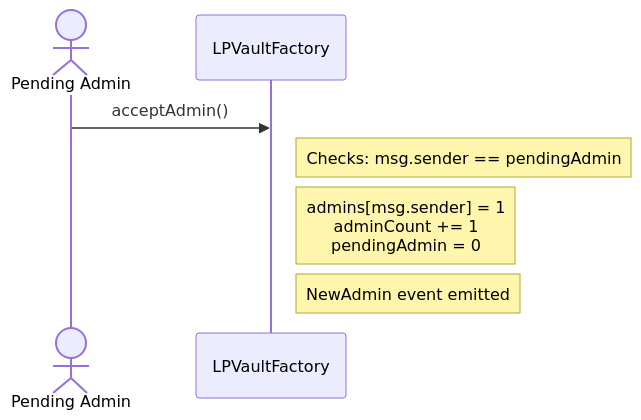
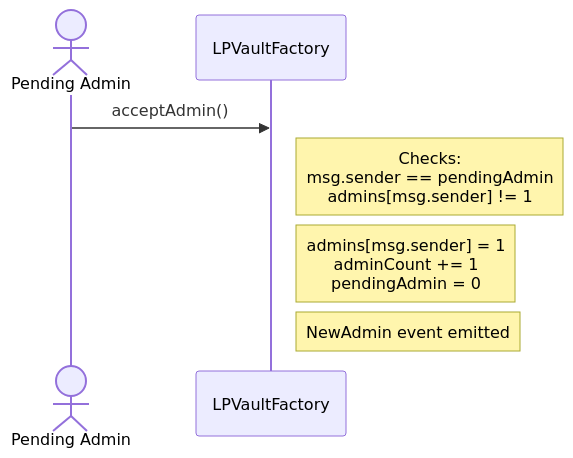
Before and after one commit to ProphetMarket/lp-vaults: diagram 19 of 25 in REFERENCE.md, drawn with Mermaid. The commit also changed other lines of this file and 3 other files, not shown here.

````diff
--- a/REFERENCE.md
+++ b/REFERENCE.md
@@ -779,10 +779,10 @@
 ```mermaid
 sequenceDiagram
     actor NewAdmin as Pending Admin
     participant Factory as LPVaultFactory
 
     NewAdmin->>Factory: acceptAdmin()
-    Note right of Factory: Checks: msg.sender == pendingAdmin
+    Note right of Factory: Checks:<br/>msg.sender == pendingAdmin<br/>admins[msg.sender] != 1
     Note right of Factory: admins[msg.sender] = 1<br/>adminCount += 1<br/>pendingAdmin = 0
     Note right of Factory: NewAdmin event emitted
 ```
````
